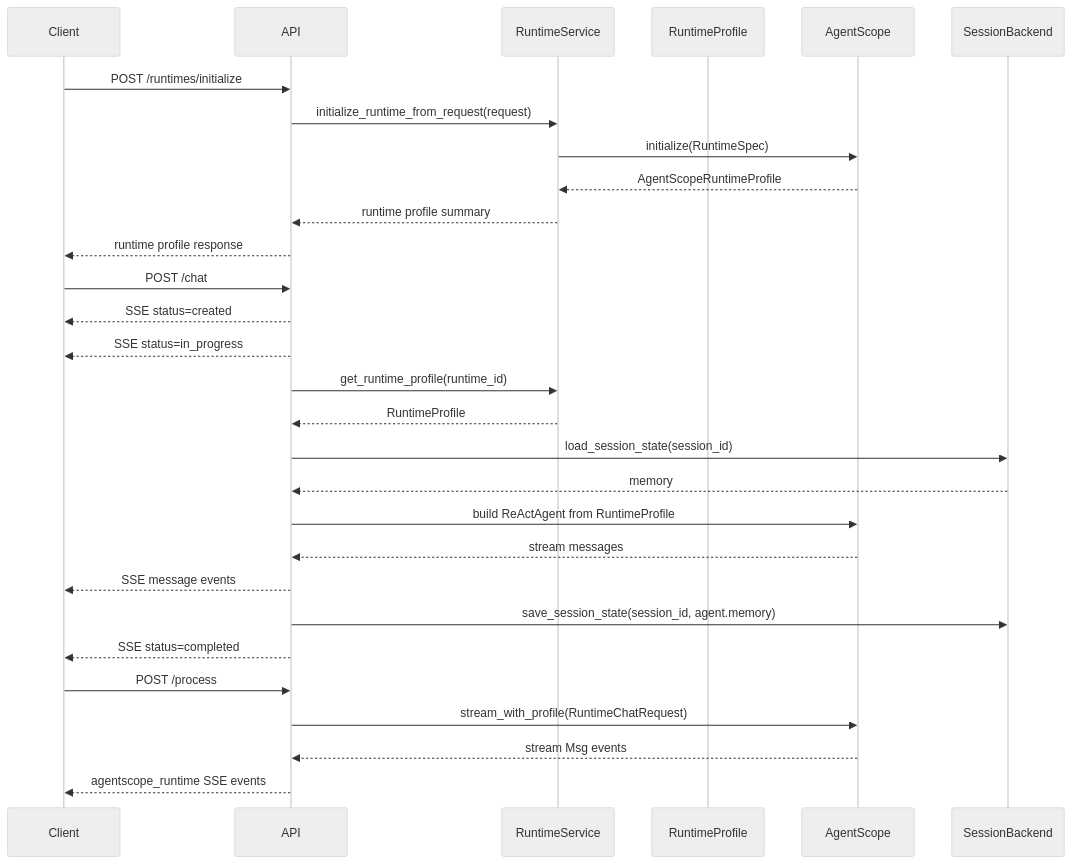
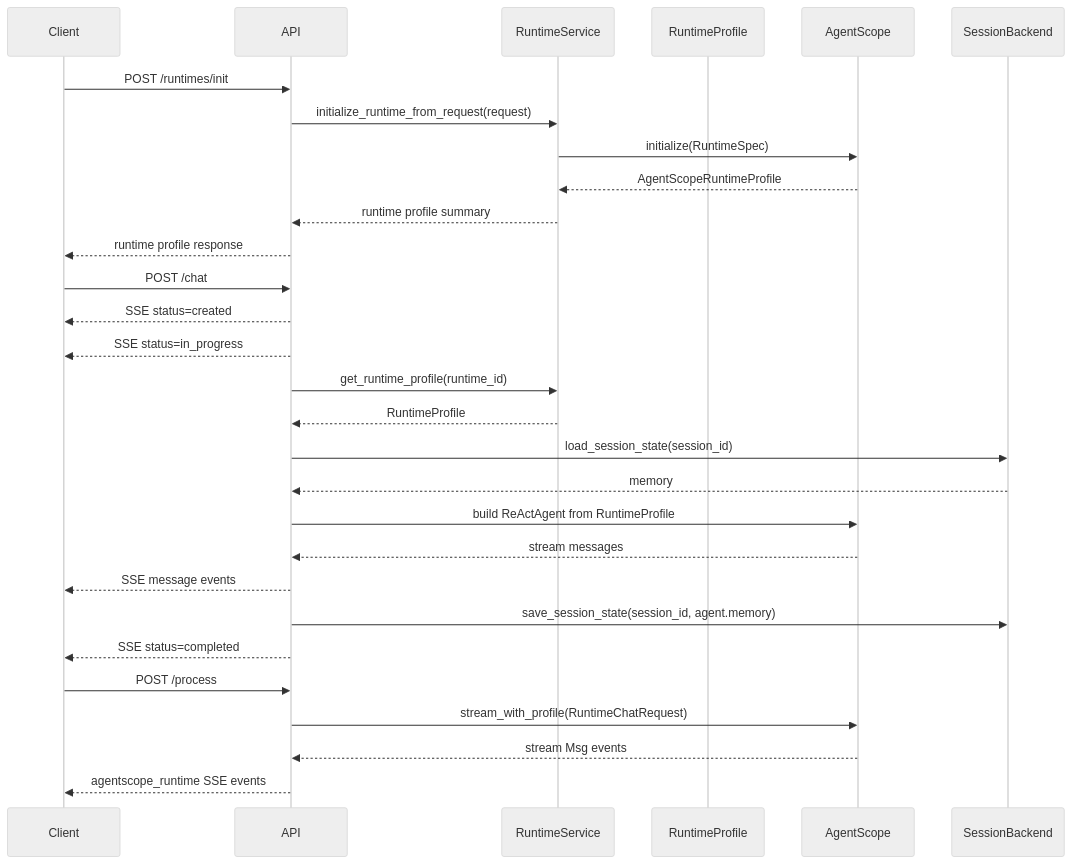
One commit to mooneclipsed/myagent changed the fourth of 4 diagrams in docs/architecture.md. Above: the diagram before and after it, drawn with Mermaid (neutral theme). The commit also changed other lines of this file and 10 other files, not shown here.

````diff
--- a/docs/architecture.md
+++ b/docs/architecture.md
@@ -170,34 +170,34 @@
 ```mermaid
 sequenceDiagram
     participant Client
     participant API
     participant RuntimeService
     participant RuntimeProfile
     participant AgentScope
     participant SessionBackend
 
-    Client->>API: POST /runtimes/initialize
+    Client->>API: POST /runtimes/init
     API->>RuntimeService: initialize_runtime_from_request(request)
     RuntimeService->>AgentScope: initialize(RuntimeSpec)
     AgentScope-->>RuntimeService: AgentScopeRuntimeProfile
     RuntimeService-->>API: runtime profile summary
     API-->>Client: runtime profile response
 
     Client->>API: POST /chat
     API-->>Client: SSE status=created
     API-->>Client: SSE status=in_progress
     API->>RuntimeService: get_runtime_profile(runtime_id)
     RuntimeService-->>API: RuntimeProfile
     API->>SessionBackend: load_session_state(session_id)
     SessionBackend-->>API: memory
     API->>AgentScope: build ReActAgent from RuntimeProfile
     AgentScope-->>API: stream messages
     API-->>Client: SSE message events
     API->>SessionBackend: save_session_state(session_id, agent.memory)
     API-->>Client: SSE status=completed
 
     Client->>API: POST /process
     API->>AgentScope: stream_with_profile(RuntimeChatRequest)
     AgentScope-->>API: stream Msg events
     API-->>Client: agentscope_runtime SSE events
 ```
````
